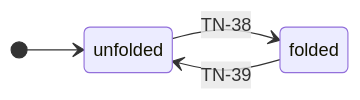
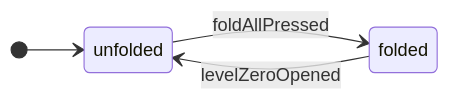
Before and after one commit to GoodRelax/gr-scheduler: the ninth of 14 diagrams in docs/spec/_assets/tbl-state-machines.md, drawn with Mermaid. The commit also changed other lines of this file and 22 other files, not shown here.

````diff
--- a/docs/spec/_assets/tbl-state-machines.md
+++ b/docs/spec/_assets/tbl-state-machines.md
@@ -284,9 +300,9 @@
 ```mermaid
 stateDiagram-v2
     direction LR
-    [*] --> screen_levelZero_unfolded
-    screen_levelZero_unfolded : unfolded
-    screen_levelZero_folded : folded
-    screen_levelZero_unfolded --> screen_levelZero_folded : TN-38
-    screen_levelZero_folded --> screen_levelZero_unfolded : TN-39
+    [*] --> levelZeroFoldStateMachine_unfolded
+    levelZeroFoldStateMachine_unfolded : unfolded
+    levelZeroFoldStateMachine_folded : folded
+    levelZeroFoldStateMachine_unfolded --> levelZeroFoldStateMachine_folded : foldAllPressed
+    levelZeroFoldStateMachine_folded --> levelZeroFoldStateMachine_unfolded : levelZeroOpened
 ```
````
